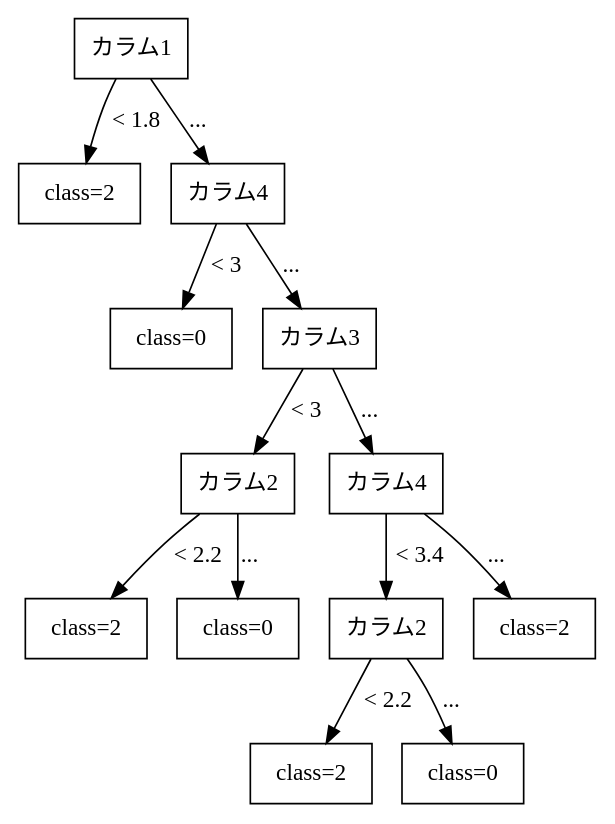
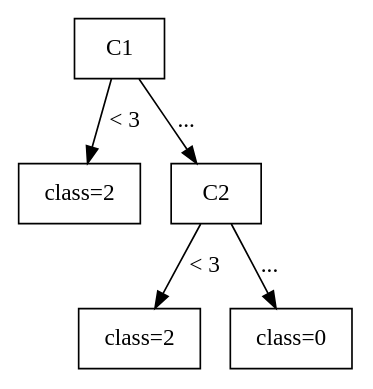
The diagram in NSSESAT_backend/new_tree.dot (TakuyaMitarai/NSSESAT_Visualizer), drawn with Graphviz before and after one commit. The commit also changed 22 other files, not shown here.

```diff
--- a/NSSESAT_backend/new_tree.dot
+++ b/NSSESAT_backend/new_tree.dot
@@ -1,40 +1,18 @@
 digraph G {
 node [shape=box];
 
-0 [label="カラム1"];
+0 [label="C1"];
 
 1 [label="class=2"];
-2 [label="カラム4"];
+2 [label="C2"];
 
-0 -> 1 [label="< 1.8"];
+0 -> 1 [label="< 3"];
 0 -> 2 [label="..."];
 
-3 [label="class=0"];
-4 [label="カラム3"];
+3 [label="class=2"];
+4 [label="class=0"];
 
 2 -> 3 [label="< 3"];
 2 -> 4 [label="..."];
 
-5 [label="カラム2"];
-8 [label="カラム4"];
-
-4 -> 5 [label="< 3"];
-4 -> 8 [label="..."];
-
-6 [label="class=2"];
-7 [label="class=0"];
-9 [label="カラム2"];
-12 [label="class=2"];
-
-5 -> 6 [label="< 2.2"];
-5 -> 7 [label="..."];
-8 -> 9 [label="< 3.4"];
-8 -> 12 [label="..."];
-
-10 [label="class=2"];
-11 [label="class=0"];
-
-9 -> 10 [label="< 2.2"];
-9 -> 11 [label="..."];
-
 }
```
